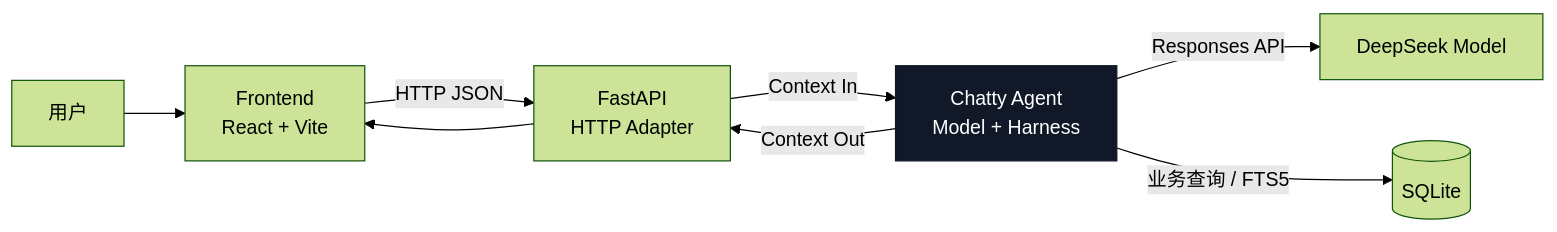
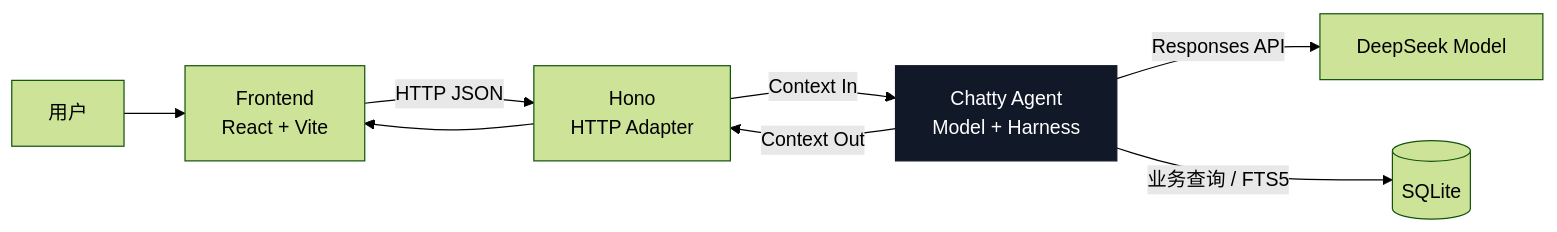
The first of 4 diagrams in README.md (ImWenyaoT/chatty), drawn with Mermaid (forest theme) before and after one commit. The commit also changed other lines of this file and 104 other files, not shown here.

First line of the commit message:
迁移：后端从 Python/FastAPI 迁移到 TypeScript/Node (#59)

````diff
--- a/README.md
+++ b/README.md
@@ -59,13 +59,13 @@
 ```mermaid
 flowchart LR
     User["用户"] --> Frontend["Frontend<br/>React + Vite"]
-    Frontend -->|"HTTP JSON"| API["FastAPI<br/>HTTP Adapter"]
+    Frontend -->|"HTTP JSON"| API["Hono<br/>HTTP Adapter"]
     API -->|"Context In"| Agent["Chatty Agent<br/>Model + Harness"]
     Agent -->|"Responses API"| DeepSeek["DeepSeek Model"]
     Agent -->|"业务查询 / FTS5"| SQLite[("SQLite")]
     Agent -->|"Context Out"| API
     API --> Frontend
 
     classDef agent fill:#111827,color:#fff,stroke:#111827;
     class Agent agent;
 ```
````
